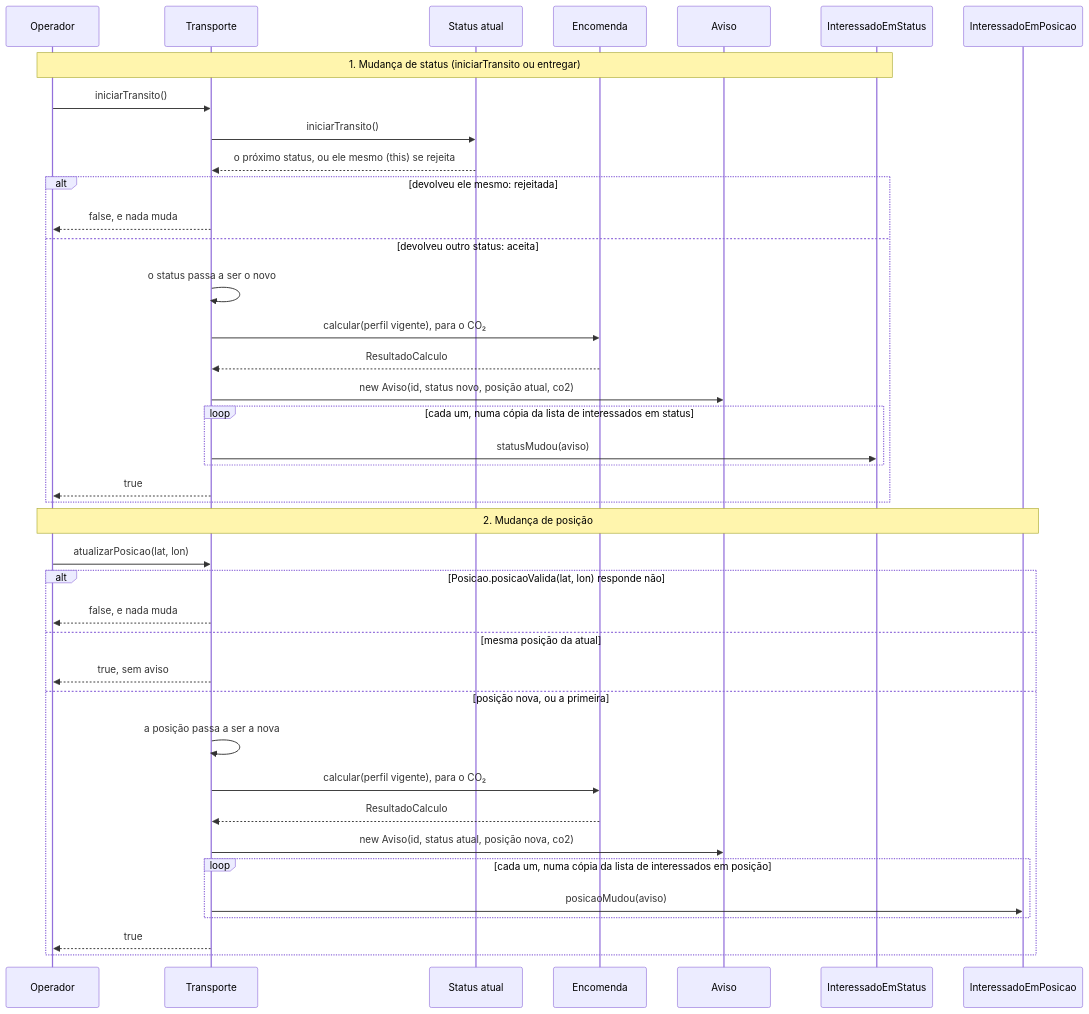
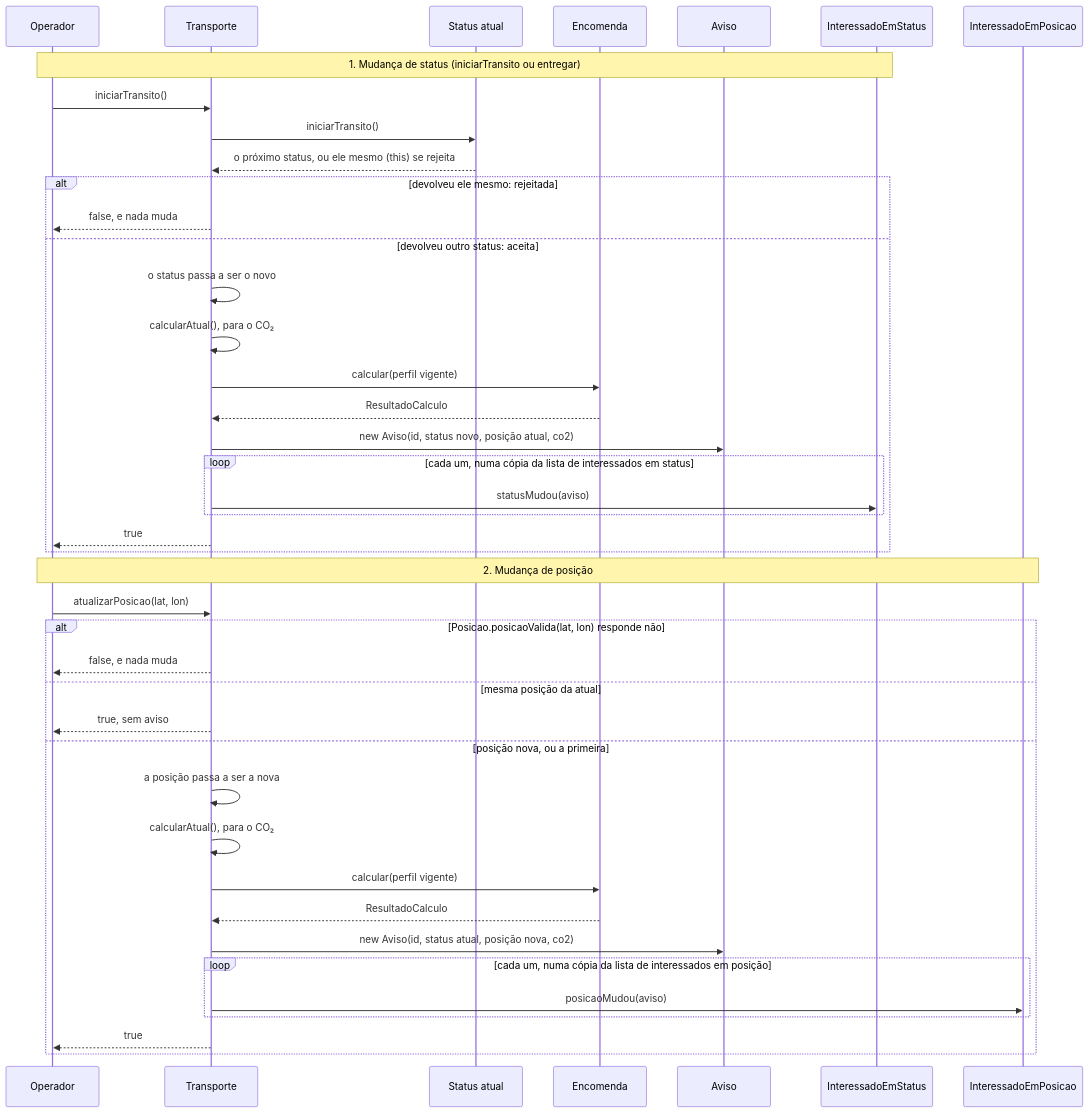
One commit to lilianeperim-ifsp/Projeto_Final_INOO changed the ninth of 9 diagrams in docs/Documento_de_Projeto.md. Above: the diagram before and after it, drawn with Mermaid. The commit also changed other lines of this file, not shown here.

Commit message:
T14: ajustes da revisão do PR 58
- Diagrama da 6.3: o CO₂ do aviso vem de calcularAtual(), que chama
  calcular(perfil vigente), com o mesmo nome do passo 6.
- Quadro de situação: a seção 5 passa a "Escrita" (PR 56 mergeado).

````diff
--- a/docs/Documento_de_Projeto.md
+++ b/docs/Documento_de_Projeto.md
@@ -1525,44 +1525,46 @@
 ```mermaid
 sequenceDiagram
     participant O as Operador
     participant T as Transporte
     participant St as Status atual
     participant E as Encomenda
     participant A as Aviso
     participant I as InteressadoEmStatus
     participant P as InteressadoEmPosicao
 
     Note over O,I: 1. Mudança de status (iniciarTransito ou entregar)
     O->>T: iniciarTransito()
     T->>St: iniciarTransito()
     St-->>T: o próximo status, ou ele mesmo (this) se rejeita
     alt devolveu ele mesmo: rejeitada
         T-->>O: false, e nada muda
     else devolveu outro status: aceita
         T->>T: o status passa a ser o novo
-        T->>E: calcular(perfil vigente), para o CO₂
+        T->>T: calcularAtual(), para o CO₂
+        T->>E: calcular(perfil vigente)
         E-->>T: ResultadoCalculo
         T->>A: new Aviso(id, status novo, posição atual, co2)
         loop cada um, numa cópia da lista de interessados em status
             T->>I: statusMudou(aviso)
         end
         T-->>O: true
     end
 
     Note over O,P: 2. Mudança de posição
     O->>T: atualizarPosicao(lat, lon)
     alt Posicao.posicaoValida(lat, lon) responde não
         T-->>O: false, e nada muda
     else mesma posição da atual
         T-->>O: true, sem aviso
     else posição nova, ou a primeira
         T->>T: a posição passa a ser a nova
-        T->>E: calcular(perfil vigente), para o CO₂
+        T->>T: calcularAtual(), para o CO₂
+        T->>E: calcular(perfil vigente)
         E-->>T: ResultadoCalculo
         T->>A: new Aviso(id, status atual, posição nova, co2)
         loop cada um, numa cópia da lista de interessados em posição
             T->>P: posicaoMudou(aviso)
         end
         T-->>O: true
     end
 ```
````
